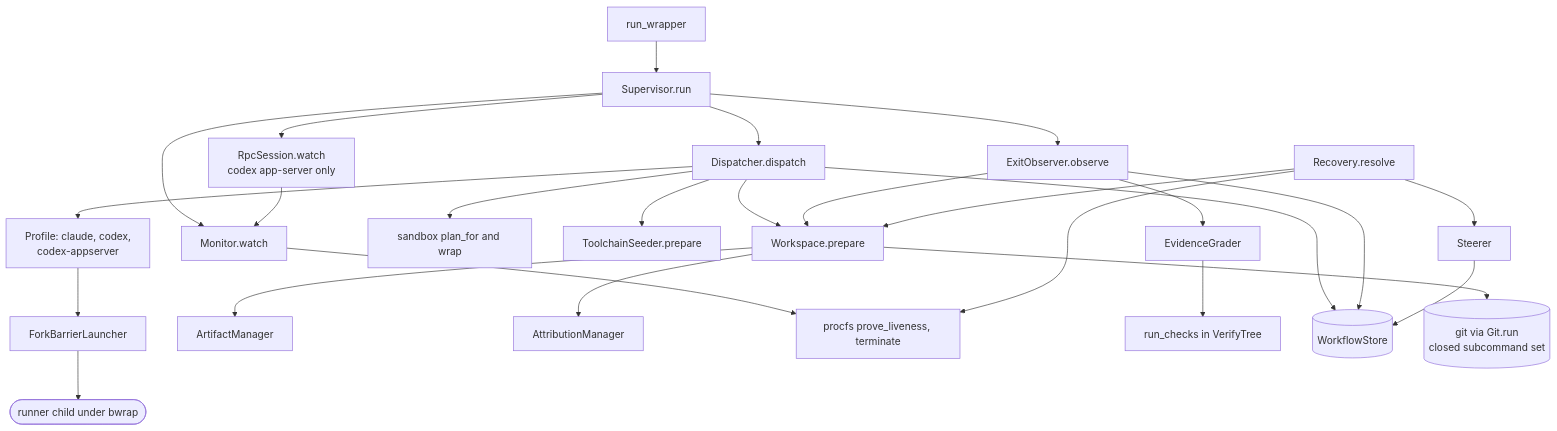
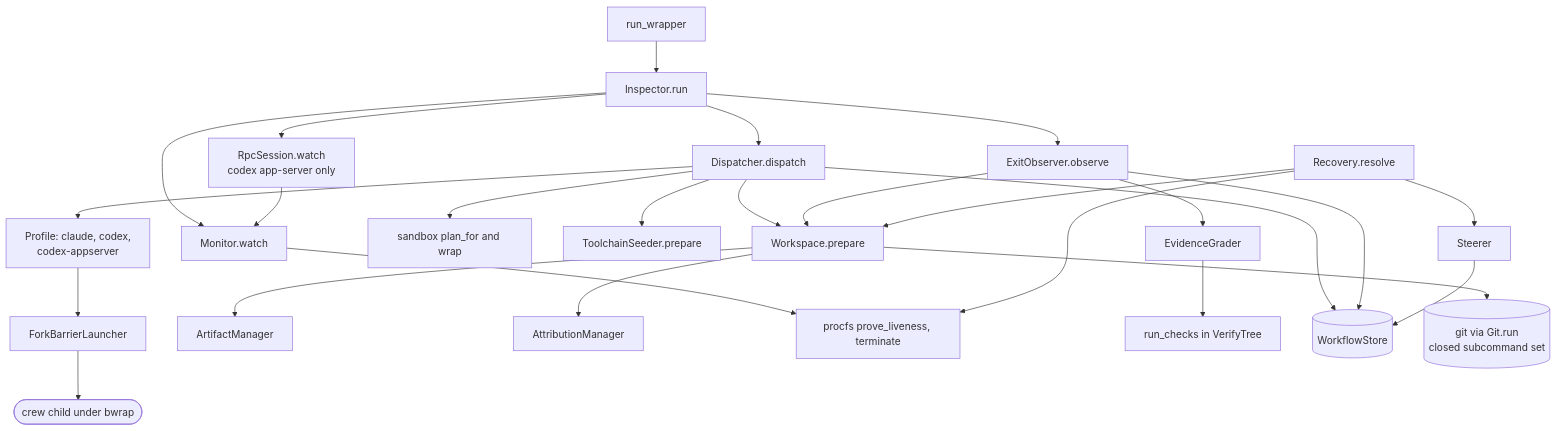
Diagram 26 of 46 in docs/workflow-interpreter-guide/diagrams.md (MVPavan/coding-ritual), drawn with Mermaid before and after one commit. The commit also changed other lines of this file and 361 other files, not shown here.

````diff
--- a/docs/workflow-interpreter-guide/diagrams.md
+++ b/docs/workflow-interpreter-guide/diagrams.md
@@ -1160,28 +1160,28 @@
 ```mermaid
 flowchart TB
-  RW["run_wrapper"] --> SUP["Supervisor.run"]
+  RW["run_wrapper"] --> SUP["Inspector.run"]
   SUP --> DISP["Dispatcher.dispatch"]
   SUP --> MON["Monitor.watch"]
   SUP --> RPC["RpcSession.watch<br/>codex app-server only"]
   SUP --> OBS["ExitObserver.observe"]
   DISP --> WS["Workspace.prepare"]
   DISP --> SBX["sandbox plan_for and wrap"]
   DISP --> SEED["ToolchainSeeder.prepare"]
   DISP --> PROF["Profile: claude, codex,<br/>codex-appserver"]
   PROF --> FORK["ForkBarrierLauncher"]
-  FORK --> CHILD(["runner child under bwrap"])
+  FORK --> CHILD(["crew child under bwrap"])
   WS --> ART["ArtifactManager"]
   WS --> ATTR["AttributionManager"]
   MON --> PROC["procfs prove_liveness, terminate"]
   RPC --> MON
   OBS --> GRADE["EvidenceGrader"]
   GRADE --> VER["run_checks in VerifyTree"]
   OBS --> WS
   REC["Recovery.resolve"] --> PROC
   REC --> STEER["Steerer"]
   REC --> WS
   DISP --> STORE[("WorkflowStore")]
   OBS --> STORE
   STEER --> STORE
   WS --> GIT[("git via Git.run<br/>closed subcommand set")]
 ```
````
